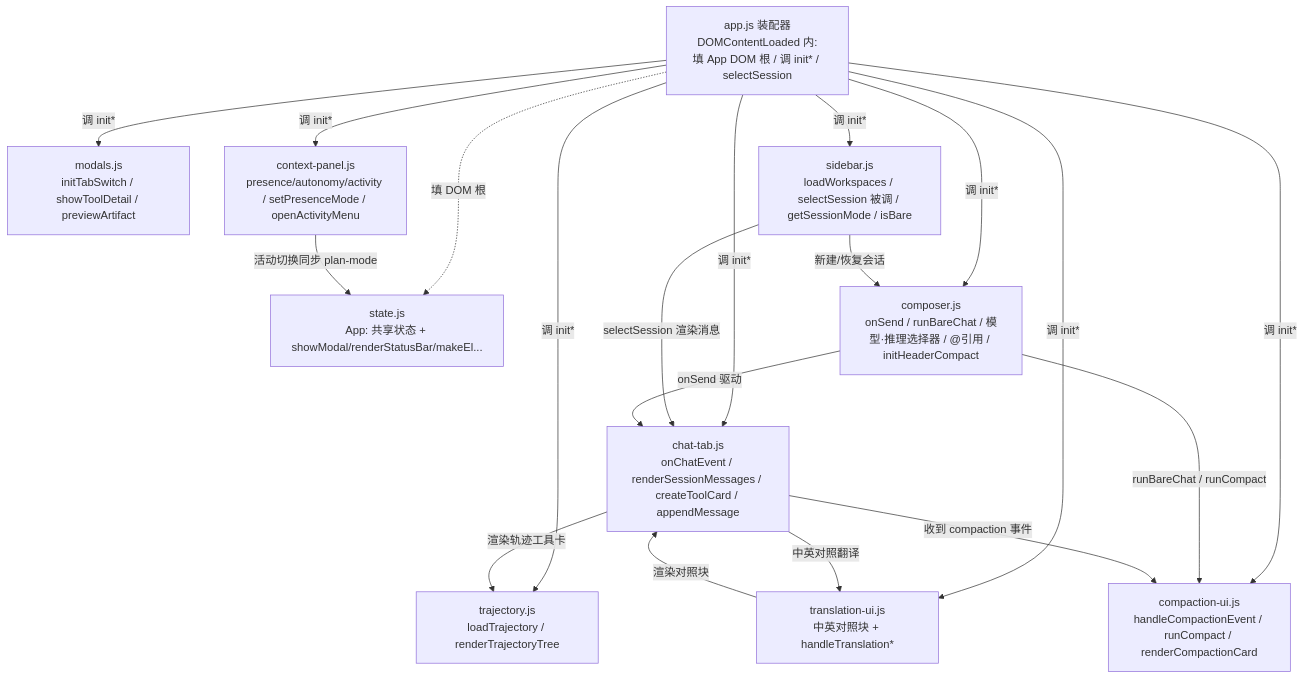
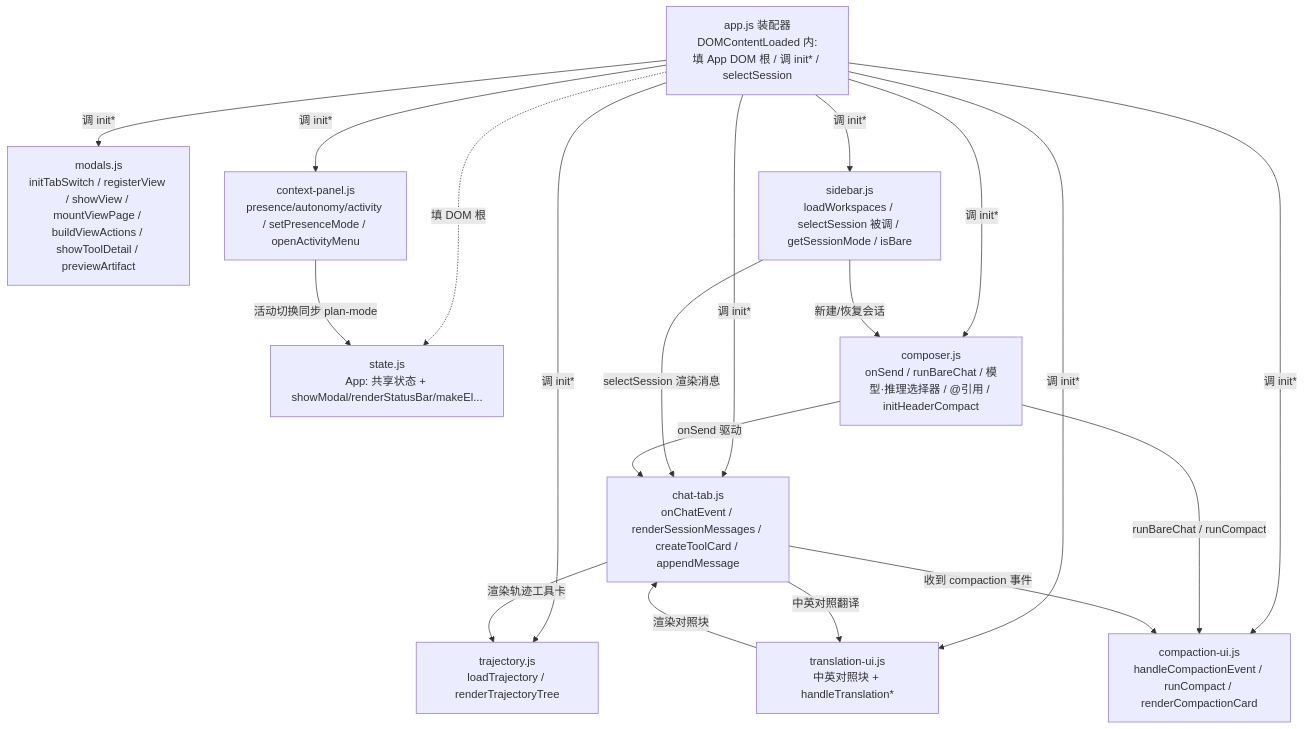
The second of 2 diagrams in docs/ui/ui.md (wingdever/agent), drawn with Mermaid before and after one commit. The commit also changed other lines of this file and 68 other files, not shown here.

````diff
--- a/docs/ui/ui.md
+++ b/docs/ui/ui.md
@@ -819,34 +958,34 @@
 ```mermaid
 graph TD
     APP["app.js 装配器<br/>DOMContentLoaded 内:<br/>填 App DOM 根 / 调 init* / selectSession"]
     ST["state.js<br/>App: 共享状态 + showModal/renderStatusBar/makeEl..."]
 
-    M["modals.js<br/>initTabSwitch / showToolDetail / previewArtifact"]
+    M["modals.js<br/>initTabSwitch / registerView / showView / mountViewPage / buildViewActions / showToolDetail / previewArtifact"]
     SB["sidebar.js<br/>loadWorkspaces / selectSession 被调 / getSessionMode / isBare"]
     CP["context-panel.js<br/>presence/autonomy/activity / setPresenceMode / openActivityMenu"]
     TR["trajectory.js<br/>loadTrajectory / renderTrajectoryTree"]
     TU["translation-ui.js<br/>中英对照块 + handleTranslation*"]
     CT["chat-tab.js<br/>onChatEvent / renderSessionMessages / createToolCard / appendMessage"]
     CU["compaction-ui.js<br/>handleCompactionEvent / runCompact / renderCompactionCard"]
     CO["composer.js<br/>onSend / runBareChat / 模型·推理选择器 / @引用 / initHeaderCompact"]
 
     APP -->|调 init*| M
     APP -->|调 init*| SB
     APP -->|调 init*| CP
     APP -->|调 init*| TR
     APP -->|调 init*| TU
     APP -->|调 init*| CT
     APP -->|调 init*| CU
     APP -->|调 init*| CO
     APP -.填 DOM 根.-> ST
 
     SB -->|selectSession 渲染消息| CT
     SB -->|新建/恢复会话| CO
     CO -->|onSend 驱动| CT
     CO -->|runBareChat / runCompact| CU
     CT -->|收到 compaction 事件| CU
     CT -->|渲染轨迹工具卡| TR
     CT -->|中英对照翻译| TU
     CP -->|活动切换同步 plan-mode| ST
     TU -->|渲染对照块| CT
 ```
````
